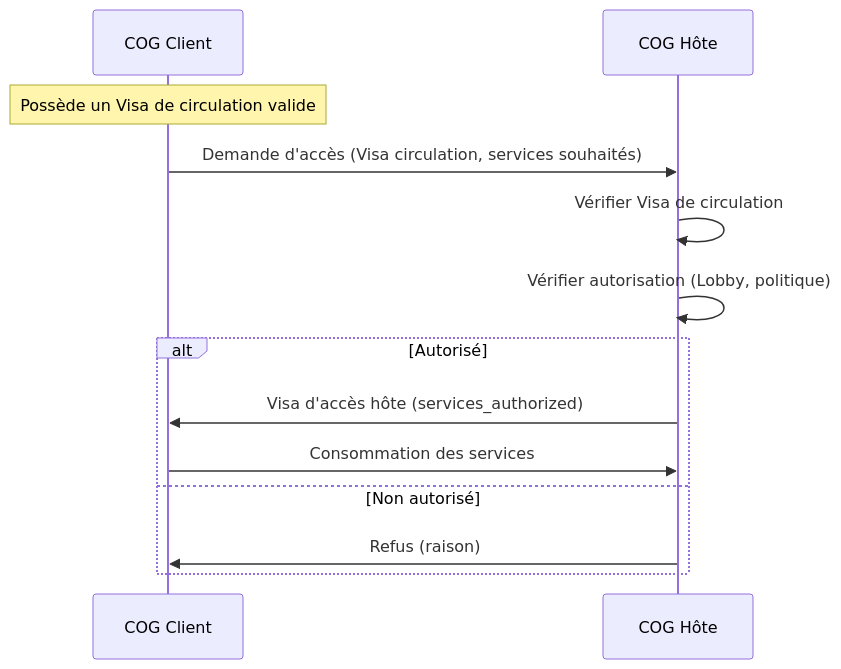
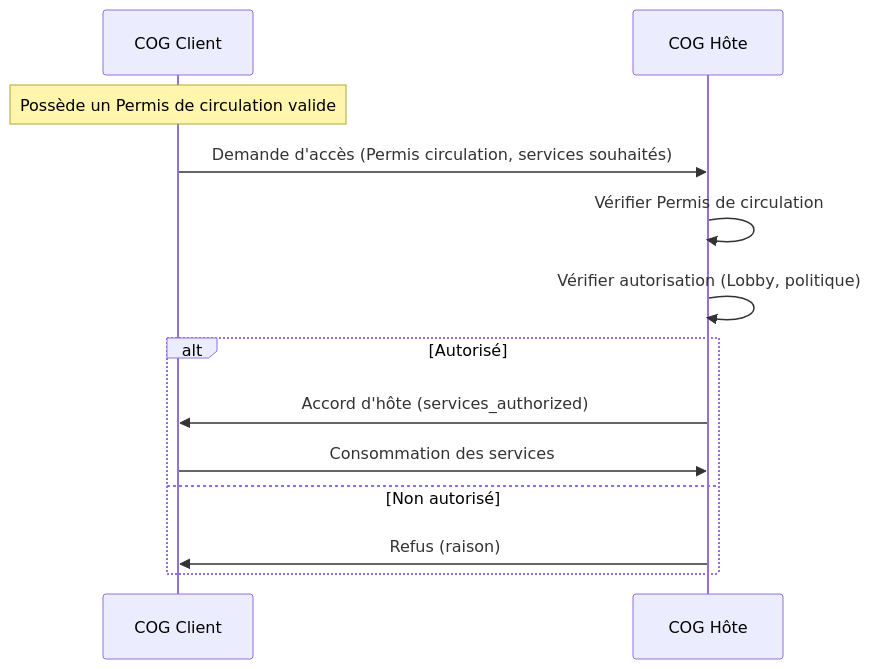
One commit to StudioMiyukini/miyukini_cog changed the third of 5 diagrams in docs/miyukini-webway-system/verification/MWS - Passeport et Visa.md. Above: the diagram before and after it, drawn with Mermaid. The commit also changed other lines of this file and 17 other files, not shown here.

````diff
--- a/docs/miyukini-webway-system/verification/MWS - Passeport et Visa.md
+++ b/docs/miyukini-webway-system/verification/MWS - Passeport et Visa.md
@@ -236,16 +242,16 @@
 ```mermaid
 sequenceDiagram
     participant Client as COG Client
     participant Host as COG Hôte
 
-    Note over Client: Possède un Visa de circulation valide
-    Client->>Host: Demande d'accès (Visa circulation, services souhaités)
-    Host->>Host: Vérifier Visa de circulation
+    Note over Client: Possède un Permis de circulation valide
+    Client->>Host: Demande d'accès (Permis circulation, services souhaités)
+    Host->>Host: Vérifier Permis de circulation
     Host->>Host: Vérifier autorisation (Lobby, politique)
     alt Autorisé
-        Host->>Client: Visa d'accès hôte (services_authorized)
+        Host->>Client: Accord d'hôte (services_authorized)
         Client->>Host: Consommation des services
     else Non autorisé
         Host->>Client: Refus (raison)
     end
 ```
````
